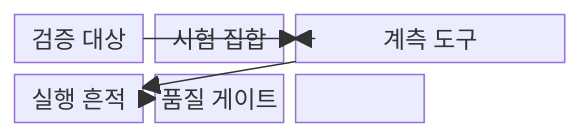
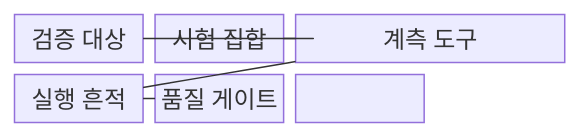
One commit to agnusdei1207/knowledge-base changed the first of 2 diagrams in src/content/docs/notes/06-evaluation/033_test_coverage.md. Above: the diagram before and after it, drawn with Mermaid. The commit also changed other lines of this file and 493 other files, not shown here.

````diff
--- a/src/content/docs/notes/06-evaluation/033_test_coverage.md
+++ b/src/content/docs/notes/06-evaluation/033_test_coverage.md
@@ -67,12 +67,12 @@
 ```mermaid
 block-beta
   columns 3
     S["검증 대상"] T["시험 집합"]
     I["계측 도구"]:2
     R["실행 흔적"] G["품질 게이트"]
-    S --> I
-    T --> I
-    I --> R
-    R --> G
+    S --- I
+    T --- I
+    I --- R
+    R --- G
   S --- I --- R
 ```
````
